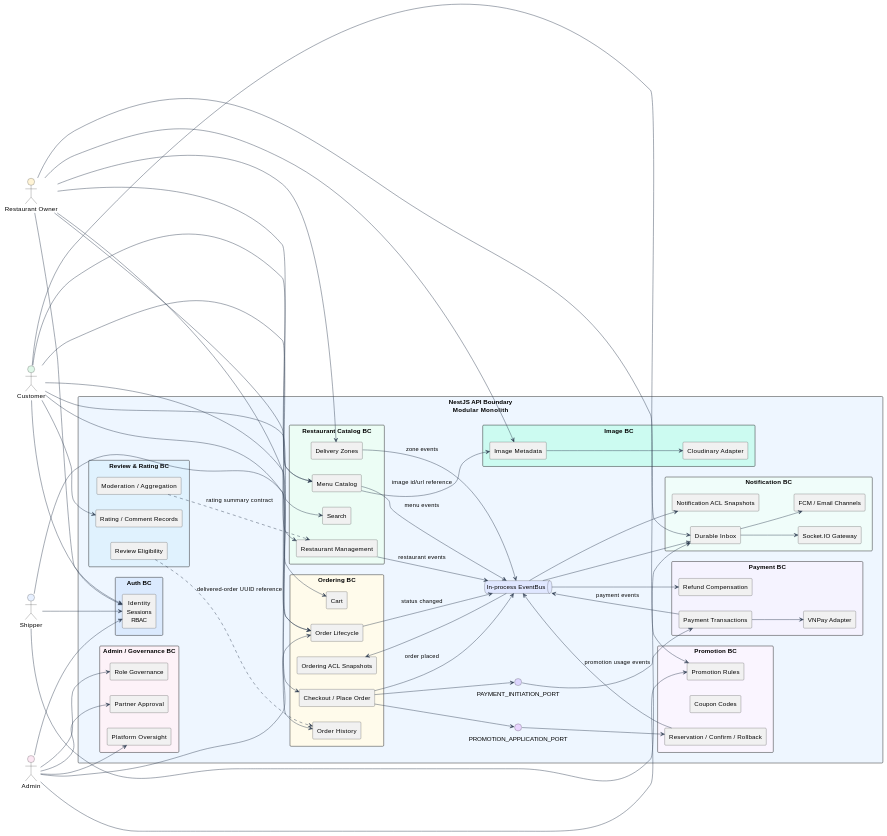
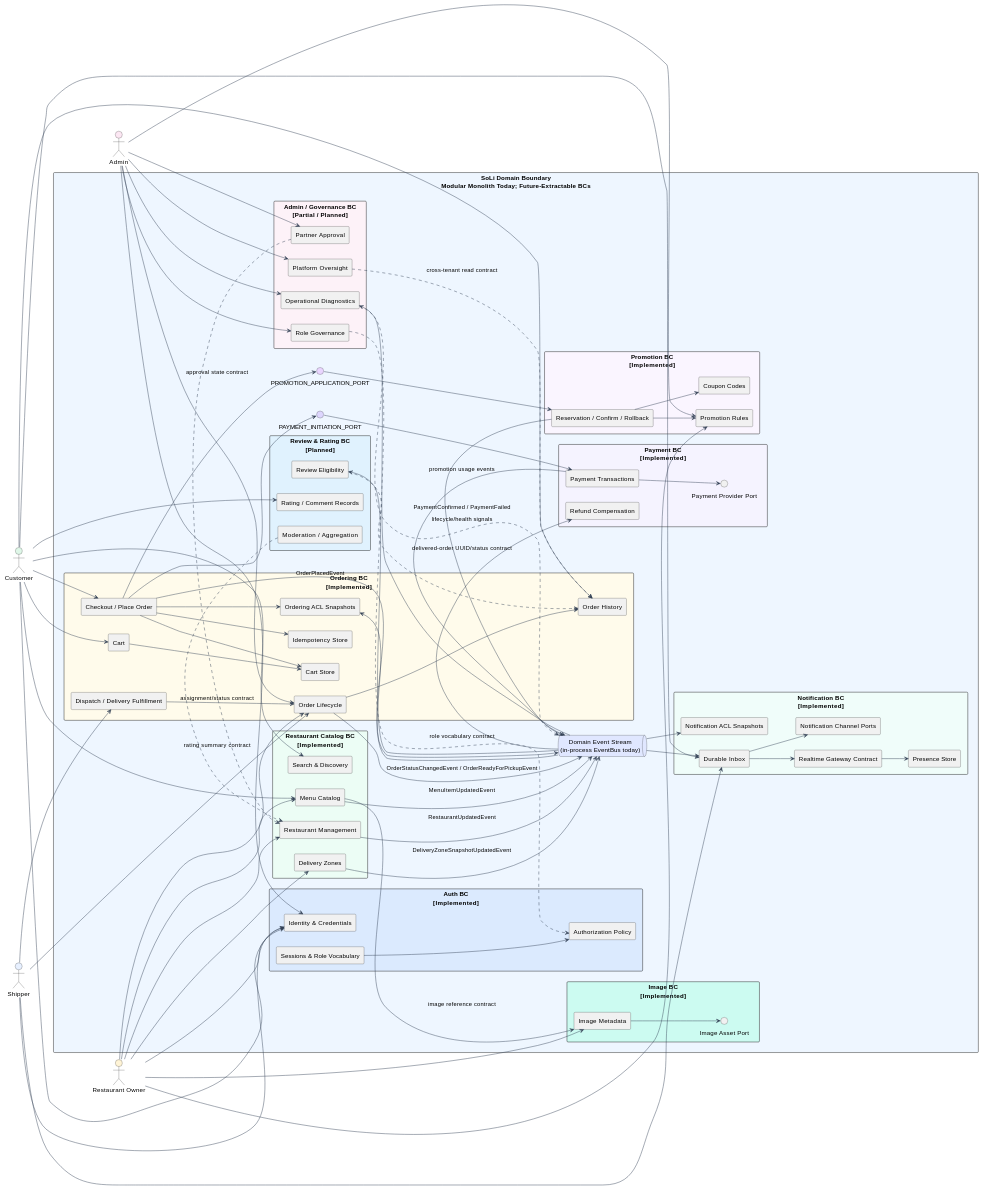
Before and after one commit to luubinhdeptrai/Food_Delivery: the first of 4 diagrams in apps/api/docs/Final_Documents/ASR-ADD-SAD/ADD_FoodDelivery.md, drawn with PlantUML. The commit also changed other lines of this file, not shown here.

````diff
--- a/apps/api/docs/Final_Documents/ASR-ADD-SAD/ADD_FoodDelivery.md
+++ b/apps/api/docs/Final_Documents/ASR-ADD-SAD/ADD_FoodDelivery.md
@@ -718,68 +718,75 @@
 actor Shipper #E7F0FF
 actor Admin #FCE7F3
 
-rectangle "NestJS API Boundary\nModular Monolith" as API #EEF6FF {
-  package "Auth BC" #DBEAFE {
-    component "Identity\nSessions\nRBAC" as Auth
+rectangle "SoLi Domain Boundary\nModular Monolith Today; Future-Extractable BCs" as Domain #EEF6FF {
+  package "Auth BC\n[Implemented]" #DBEAFE {
+    component "Identity & Credentials" as AuthIdentity
+    component "Sessions & Role Vocabulary" as AuthSessions
+    component "Authorization Policy" as AuthPolicy
   }
 
-  package "Restaurant Catalog BC" #ECFDF5 {
+  package "Restaurant Catalog BC\n[Implemented]" #ECFDF5 {
     component "Restaurant Management" as RestaurantMgmt
     component "Menu Catalog" as MenuCatalog
-    component "Search" as Search
+    component "Search & Discovery" as Search
     component "Delivery Zones" as DeliveryZones
   }
 
-  package "Image BC" #CCFBF1 {
+  package "Image BC\n[Implemented]" #CCFBF1 {
     component "Image Metadata" as ImageMetadata
-    component "Cloudinary Adapter" as CloudinaryAdapter
+    interface "Image Asset Port" as ImageAssetPort
   }
 
-  package "Ordering BC" #FFFBEB {
+  package "Ordering BC\n[Implemented]" #FFFBEB {
     component "Cart" as Cart
+    component "Cart Store" as CartStore
     component "Checkout / Place Order" as Checkout
+    component "Idempotency Store" as IdempotencyStore
     component "Order Lifecycle" as OrderLifecycle
+    component "Dispatch / Delivery Fulfillment" as DeliveryFulfillment
     component "Order History" as OrderHistory
     component "Ordering ACL Snapshots" as OrderingACL
   }
 
-  package "Payment BC" #F5F3FF {
+  package "Payment BC\n[Implemented]" #F5F3FF {
     component "Payment Transactions" as PaymentTransactions
-    component "VNPay Adapter" as VNPayAdapter
+    interface "Payment Provider Port" as PaymentProviderPort
     component "Refund Compensation" as RefundCompensation
   }
 
-  package "Promotion BC" #FAF5FF {
+  package "Promotion BC\n[Implemented]" #FAF5FF {
     component "Promotion Rules" as PromotionRules
     component "Coupon Codes" as CouponCodes
     component "Reservation / Confirm / Rollback" as PromotionReservation
   }
 
-  package "Notification BC" #F0FDFA {
+  package "Notification BC\n[Implemented]" #F0FDFA {
     component "Durable Inbox" as DurableInbox
-    component "Socket.IO Gateway" as SocketGateway
-    component "FCM / Email Channels" as NotificationChannels
+    component "Realtime Gateway Contract" as RealtimeGateway
+    component "Presence Store" as PresenceStore
+    component "Notification Channel Ports" as NotificationChannelPorts
     component "Notification ACL Snapshots" as NotificationACL
   }
 
-  package "Review & Rating BC" #E0F2FE {
+  package "Review & Rating BC\n[Planned]" #E0F2FE {
     component "Review Eligibility" as ReviewEligibility
     component "Rating / Comment Records" as ReviewRecords
     component "Moderation / Aggregation" as ReviewAggregation
   }
 
-  package "Admin / Governance BC" #FDF2F8 {
+  package "Admin / Governance BC\n[Partial / Planned]" #FDF2F8 {
     component "Partner Approval" as PartnerApproval
     component "Platform Oversight" as PlatformOversight
     component "Role Governance" as RoleGovernance
+    component "Operational Diagnostics" as OperationalDiagnostics
   }
 
-  queue "In-process EventBus" as EventBus #E0E7FF
+  queue "Domain Event Stream\n(in-process EventBus today)" as DomainEvents #E0E7FF
   interface "PAYMENT_INITIATION_PORT" as PaymentPort #DDD6FE
   interface "PROMOTION_APPLICATION_PORT" as PromotionPort #E9D5FF
 }
 
-Customer --> Auth
+Customer --> AuthIdentity
 Customer --> Search
 Customer --> MenuCatalog
 Customer --> Cart
@@ -788,7 +795,7 @@
 Customer --> DurableInbox
 Customer --> ReviewRecords
 
-RestaurantOwner --> Auth
+RestaurantOwner --> AuthIdentity
 RestaurantOwner --> RestaurantMgmt
 RestaurantOwner --> MenuCatalog
 RestaurantOwner --> DeliveryZones
@@ -796,41 +803,60 @@
 RestaurantOwner --> OrderLifecycle
 RestaurantOwner --> PromotionRules
 
-Shipper --> Auth
+Shipper --> AuthIdentity
 Shipper --> OrderLifecycle
+Shipper --> DeliveryFulfillment
 Shipper --> DurableInbox
 
-Admin --> Auth
+Admin --> AuthIdentity
 Admin --> PartnerApproval
 Admin --> PlatformOversight
 Admin --> RoleGovernance
+Admin --> OperationalDiagnostics
 Admin --> OrderLifecycle
 Admin --> PromotionRules
 
-RestaurantMgmt --> EventBus : restaurant events
-MenuCatalog --> EventBus : menu events
-DeliveryZones --> EventBus : zone events
-Checkout --> EventBus : order placed
-OrderLifecycle --> EventBus : status changed
-PaymentTransactions --> EventBus : payment events
-PromotionReservation --> EventBus : promotion usage events
+AuthSessions --> AuthPolicy
+Cart --> CartStore
+Checkout --> CartStore
+Checkout --> IdempotencyStore
+Checkout --> OrderingACL
+DeliveryFulfillment --> OrderLifecycle : assignment/status contract
+OrderLifecycle --> OrderHistory
+RealtimeGateway --> PresenceStore
+DurableInbox --> RealtimeGateway
+DurableInbox --> NotificationChannelPorts
+MenuCatalog --> ImageMetadata : image reference contract
+ImageMetadata --> ImageAssetPort
 
-EventBus --> OrderingACL
-EventBus --> NotificationACL
-EventBus --> DurableInbox
-EventBus --> RefundCompensation
+RestaurantMgmt --> DomainEvents : RestaurantUpdatedEvent
+MenuCatalog --> DomainEvents : MenuItemUpdatedEvent
+DeliveryZones --> DomainEvents : DeliveryZoneSnapshotUpdatedEvent
+Checkout --> DomainEvents : OrderPlacedEvent
+OrderLifecycle --> DomainEvents : OrderStatusChangedEvent / OrderReadyForPickupEvent
+PaymentTransactions --> DomainEvents : PaymentConfirmed / PaymentFailed
+PromotionReservation --> DomainEvents : promotion usage events
+
+DomainEvents --> OrderingACL
+DomainEvents --> NotificationACL
+DomainEvents --> DurableInbox
+DomainEvents --> RefundCompensation
+DomainEvents --> ReviewEligibility
+DomainEvents --> OperationalDiagnostics
 
 Checkout --> PaymentPort
 PaymentPort --> PaymentTransactions
+PaymentTransactions --> PaymentProviderPort
 Checkout --> PromotionPort
 PromotionPort --> PromotionReservation
+PromotionReservation --> PromotionRules
+PromotionReservation --> CouponCodes
 
-MenuCatalog --> ImageMetadata : image id/url reference
-ImageMetadata --> CloudinaryAdapter
-PaymentTransactions --> VNPayAdapter
-DurableInbox --> SocketGateway
-DurableInbox --> NotificationChannels
-ReviewEligibility ..> OrderHistory : delivered-order UUID reference
+PartnerApproval ..> RestaurantMgmt : approval state contract
+RoleGovernance ..> AuthPolicy : role vocabulary contract
+PlatformOversight ..> OrderHistory : cross-tenant read contract
+OperationalDiagnostics ..> DomainEvents : lifecycle/health signals
+ReviewEligibility ..> OrderHistory : delivered-order UUID/status contract
 ReviewAggregation ..> RestaurantMgmt : rating summary contract
 @enduml
 ```
````
